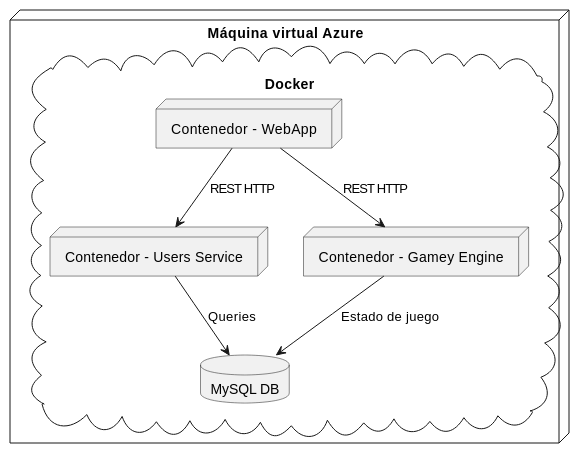
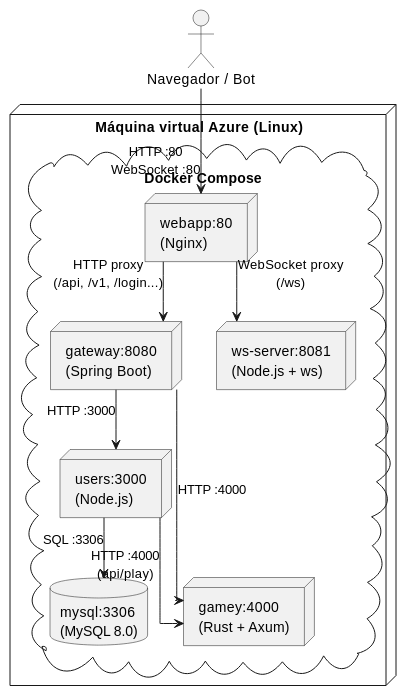
One commit to Arquisoft/yovi_es4c changed the first of 2 diagrams in docs/src/07_deployment_view.adoc. Above: the diagram before and after it, drawn with PlantUML. The commit also changed other lines of this file and 11 other files, not shown here.

Commit message:
Añadidos cambios para api/play y documentacion

```diff
--- a/docs/src/07_deployment_view.adoc
+++ b/docs/src/07_deployment_view.adoc
@@ -65,17 +8,27 @@
 [plantuml, deployment-overview, png]
 ----
 @startuml
-node "Máquina virtual Azure" {
-    cloud "Docker" {
-        node "Contenedor - WebApp" as WebApp
-        node "Contenedor - Users Service" as UsersService
-        node "Contenedor - Gamey Engine" as Gamey
-        database "MySQL DB" as DB
-    }
+skinparam linetype ortho
+
+node "Máquina virtual Azure (Linux)" {
+  cloud "Docker Compose" {
+    node "webapp:80\n(Nginx)" as Nginx
+    node "gateway:8080\n(Spring Boot)" as GW
+    node "users:3000\n(Node.js)" as US
+    node "gamey:4000\n(Rust + Axum)" as GE
+    node "ws-server:8081\n(Node.js + ws)" as WS
+    database "mysql:3306\n(MySQL 8.0)" as DB
+  }
 }
-WebApp --> UsersService: REST HTTP
-WebApp --> Gamey: REST HTTP
-UsersService --> DB: Queries
-Gamey --> DB: Estado de juego
+
+actor "Navegador / Bot" as Client
+
+Client --> Nginx : HTTP :80\nWebSocket :80
+Nginx --> GW : HTTP proxy\n(/api, /v1, /login...)
+Nginx --> WS : WebSocket proxy\n(/ws)
+GW --> US : HTTP :3000
+GW --> GE : HTTP :4000
+US --> GE : HTTP :4000\n(api/play)
+US --> DB : SQL :3306
 @enduml
 ----
```
